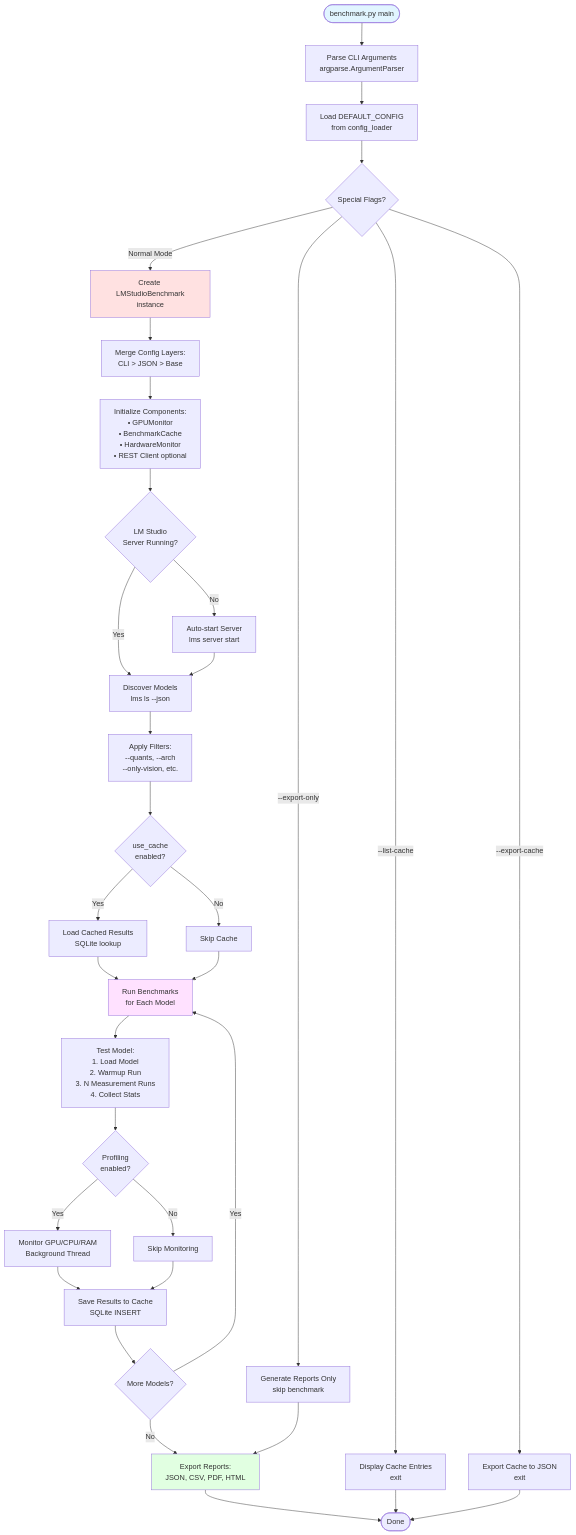
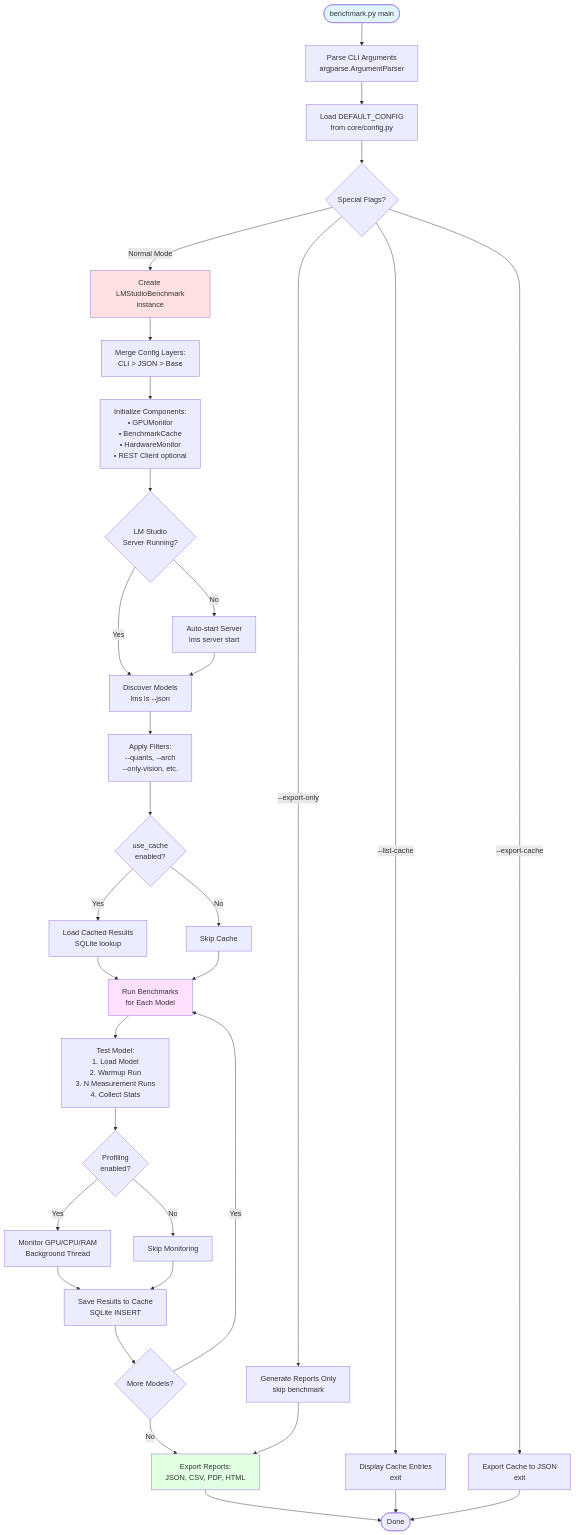
Before and after one commit to Ajimaru/LM-Studio-Bench: the ninth of 12 diagrams in docs/ARCHITECTURE.md, drawn with Mermaid. The commit also changed other lines of this file and 94 other files, not shown here.

````diff
--- a/docs/ARCHITECTURE.md
+++ b/docs/ARCHITECTURE.md
@@ -431,59 +432,59 @@
 ```mermaid
 flowchart TD
     Start([benchmark.py main]) --> ParseArgs[Parse CLI Arguments<br/>argparse.ArgumentParser]
 
-    ParseArgs --> LoadConfig[Load DEFAULT_CONFIG<br/>from config_loader]
+    ParseArgs --> LoadConfig[Load DEFAULT_CONFIG<br/>from core/config.py]
     
     LoadConfig --> CheckFlags{Special Flags?}
     
     CheckFlags -->|--list-cache| ListCache[Display Cache Entries<br/>exit]
     CheckFlags -->|--export-cache| ExportCache[Export Cache to JSON<br/>exit]
     CheckFlags -->|--export-only| ExportOnly[Generate Reports Only<br/>skip benchmark]
     CheckFlags -->|Normal Mode| CreateBenchmark[Create LMStudioBenchmark<br/>instance]
     
     CreateBenchmark --> MergeConfig[Merge Config Layers:<br/>CLI > JSON > Base]
     
     MergeConfig --> InitComponents[Initialize Components:<br/>• GPUMonitor<br/>• BenchmarkCache<br/>• HardwareMonitor<br/>• REST Client optional]
     
     InitComponents --> CheckServer{LM Studio<br/>Server Running?}
     
     CheckServer -->|No| StartServer[Auto-start Server<br/>lms server start]
     CheckServer -->|Yes| DiscoverModels[Discover Models<br/>lms ls --json]
     StartServer --> DiscoverModels
     
     DiscoverModels --> FilterModels[Apply Filters:<br/>--quants, --arch<br/>--only-vision, etc.]
     
     FilterModels --> CheckCache{use_cache<br/>enabled?}
     
     CheckCache -->|Yes| LoadCache[Load Cached Results<br/>SQLite lookup]
     CheckCache -->|No| SkipCache[Skip Cache]
     
     LoadCache --> RunBenchmarks[Run Benchmarks<br/>for Each Model]
     SkipCache --> RunBenchmarks
     
     RunBenchmarks --> TestModel[Test Model:<br/>1. Load Model<br/>2. Warmup Run<br/>3. N Measurement Runs<br/>4. Collect Stats]
     
     TestModel --> Profiling{Profiling<br/>enabled?}
     
     Profiling -->|Yes| MonitorHW[Monitor GPU/CPU/RAM<br/>Background Thread]
     Profiling -->|No| SkipMonitor[Skip Monitoring]
     
     MonitorHW --> SaveCache[Save Results to Cache<br/>SQLite INSERT]
     SkipMonitor --> SaveCache
     
     SaveCache --> NextModel{More Models?}
     
     NextModel -->|Yes| RunBenchmarks
     NextModel -->|No| Export[Export Reports:<br/>JSON, CSV, PDF, HTML]
     
     Export --> End([Done])
     
     ListCache --> End
     ExportCache --> End
     ExportOnly --> Export
     
     style Start fill:#e1f5ff
     style CreateBenchmark fill:#ffe1e1
     style RunBenchmarks fill:#ffe1ff
     style Export fill:#e1ffe1
 ```
````
